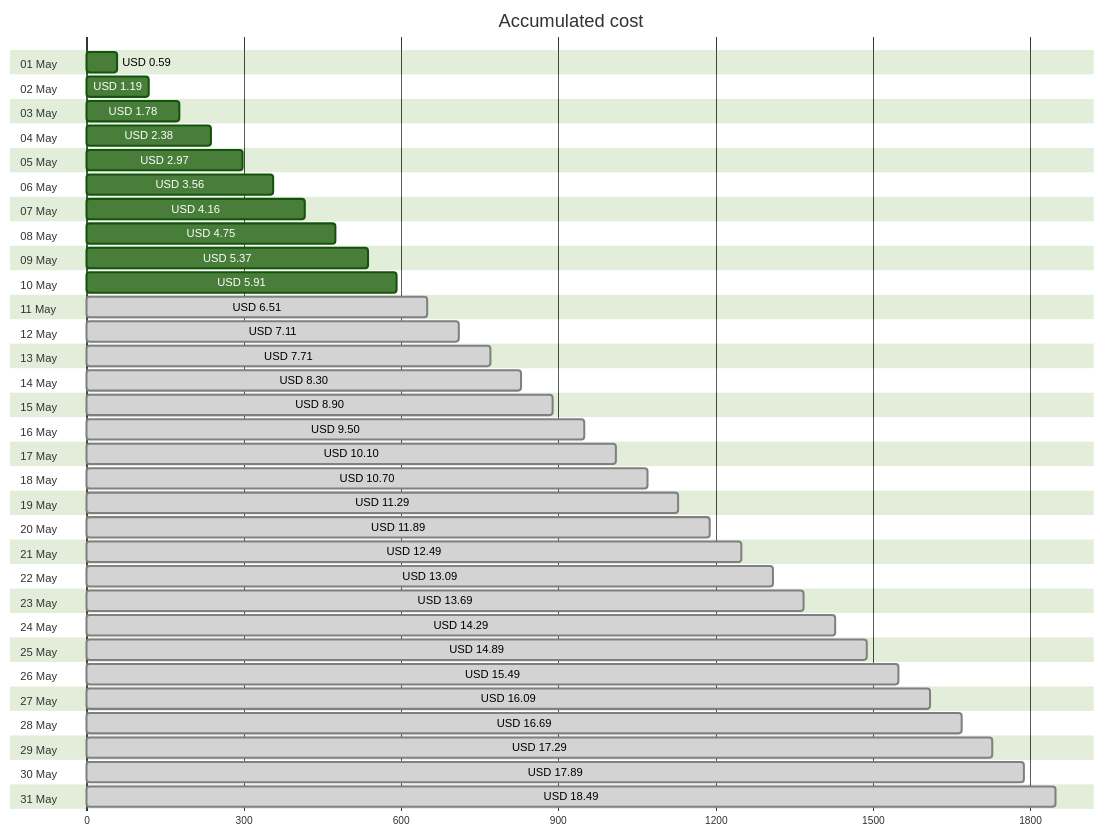
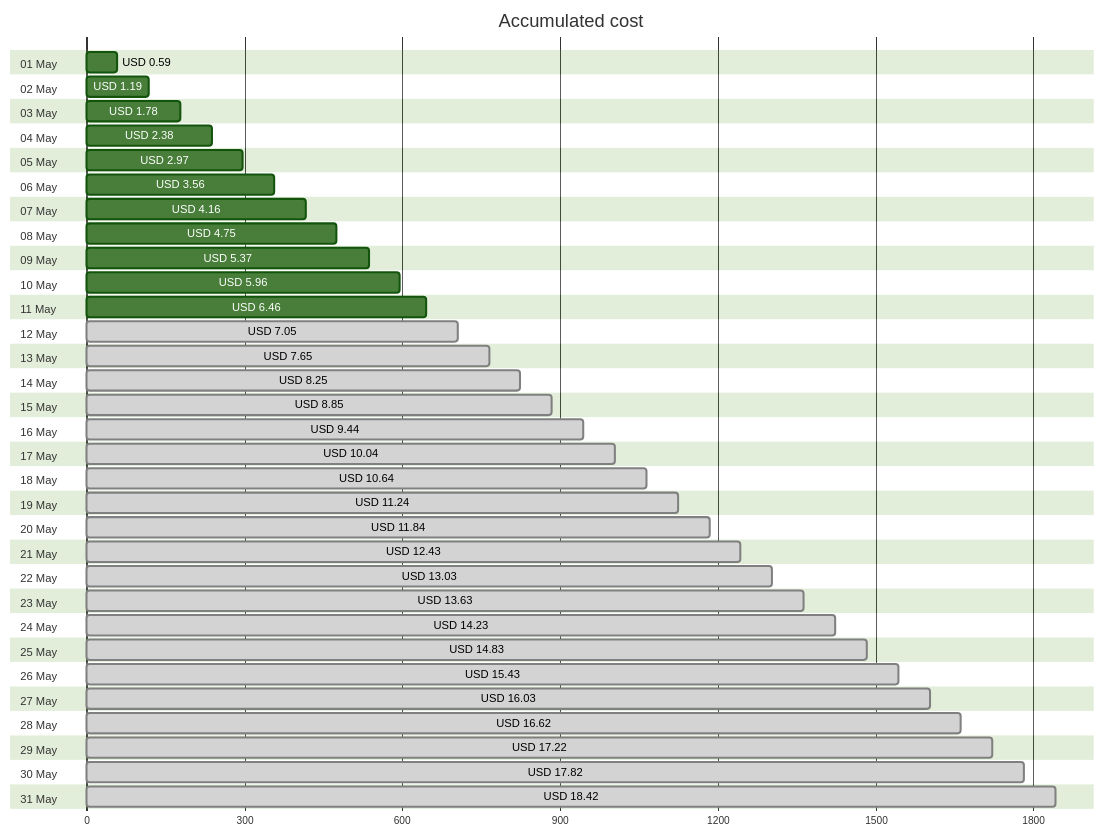
One commit to jpfulton/azure-personal-reports changed the first of 4 diagrams in cost-reports/personal-site/README.md. Above: the diagram before and after it, drawn with Mermaid (forest theme). The commit also changed other lines of this file and 6 other files, not shown here.

````diff
--- a/cost-reports/personal-site/README.md
+++ b/cost-reports/personal-site/README.md
@@ -20,68 +20,68 @@
 ```mermaid
 gantt
    title Accumulated cost
    dateFormat  X
    axisFormat %s
    section 01 May
    USD 0.59 :0, 59
    section 02 May
    USD 1.19 :0, 119
    section 03 May
    USD 1.78 :0, 178
    section 04 May
    USD 2.38 :0, 238
    section 05 May
    USD 2.97 :0, 297
    section 06 May
    USD 3.56 :0, 356
    section 07 May
    USD 4.16 :0, 416
    section 08 May
    USD 4.75 :0, 475
    section 09 May
    USD 5.37 :0, 537
    section 10 May
-   USD 5.91 :0, 591
+   USD 5.96 :0, 596
    section 11 May
-   USD 6.51 : done, 0, 651
+   USD 6.46 :0, 646
    section 12 May
-   USD 7.11 : done, 0, 711
+   USD 7.05 : done, 0, 705
    section 13 May
-   USD 7.71 : done, 0, 771
+   USD 7.65 : done, 0, 765
    section 14 May
-   USD 8.30 : done, 0, 830
+   USD 8.25 : done, 0, 825
    section 15 May
-   USD 8.90 : done, 0, 890
+   USD 8.85 : done, 0, 885
    section 16 May
-   USD 9.50 : done, 0, 950
+   USD 9.44 : done, 0, 944
    section 17 May
-   USD 10.10 : done, 0, 1010
+   USD 10.04 : done, 0, 1004
    section 18 May
-   USD 10.70 : done, 0, 1070
+   USD 10.64 : done, 0, 1064
    section 19 May
-   USD 11.29 : done, 0, 1129
+   USD 11.24 : done, 0, 1124
    section 20 May
-   USD 11.89 : done, 0, 1189
+   USD 11.84 : done, 0, 1184
    section 21 May
-   USD 12.49 : done, 0, 1249
+   USD 12.43 : done, 0, 1243
    section 22 May
-   USD 13.09 : done, 0, 1309
+   USD 13.03 : done, 0, 1303
    section 23 May
-   USD 13.69 : done, 0, 1369
+   USD 13.63 : done, 0, 1363
    section 24 May
-   USD 14.29 : done, 0, 1429
+   USD 14.23 : done, 0, 1423
    section 25 May
-   USD 14.89 : done, 0, 1489
+   USD 14.83 : done, 0, 1483
    section 26 May
-   USD 15.49 : done, 0, 1549
+   USD 15.43 : done, 0, 1543
    section 27 May
-   USD 16.09 : done, 0, 1609
+   USD 16.03 : done, 0, 1603
    section 28 May
-   USD 16.69 : done, 0, 1669
+   USD 16.62 : done, 0, 1662
    section 29 May
-   USD 17.29 : done, 0, 1729
+   USD 17.22 : done, 0, 1722
    section 30 May
-   USD 17.89 : done, 0, 1789
+   USD 17.82 : done, 0, 1782
    section 31 May
-   USD 18.49 : done, 0, 1849
+   USD 18.42 : done, 0, 1842
 ```
````
